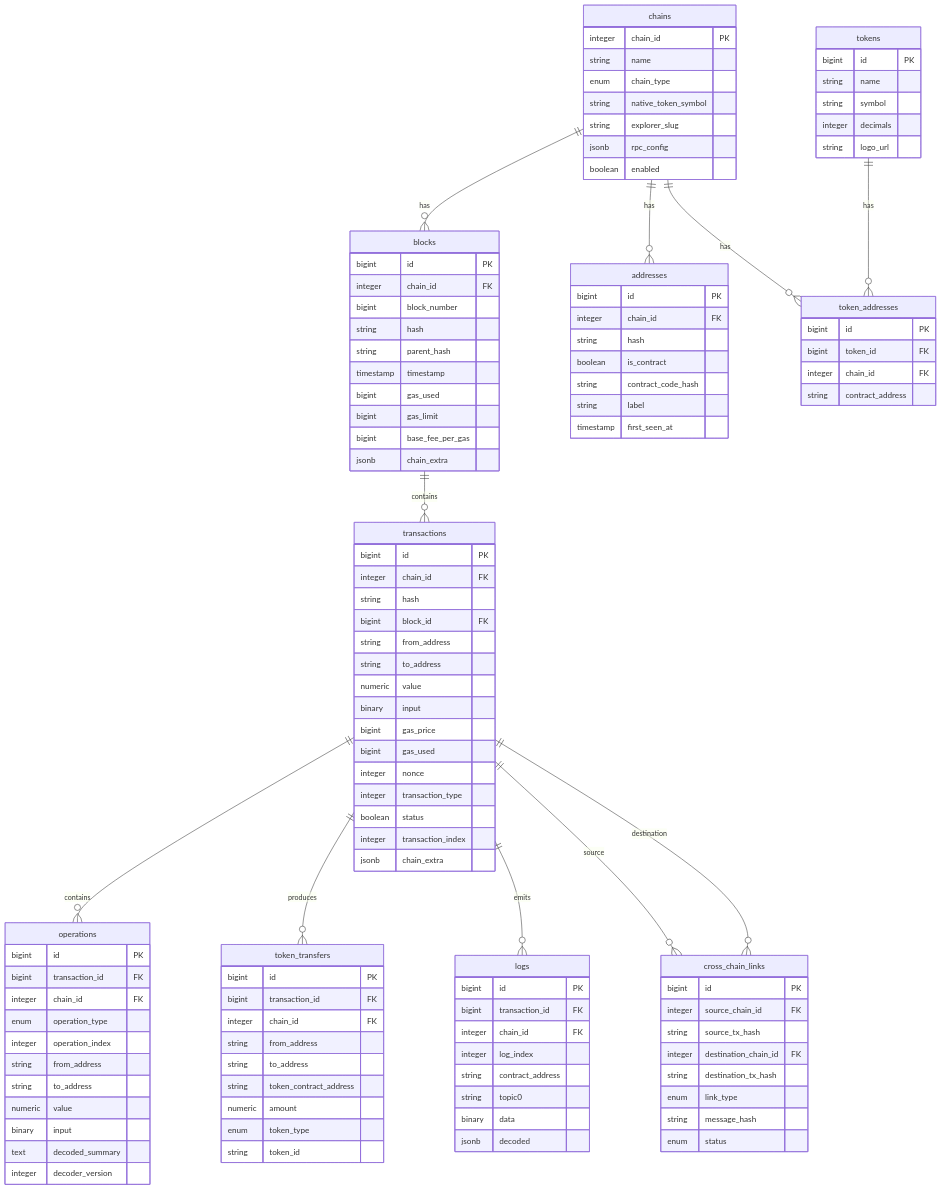
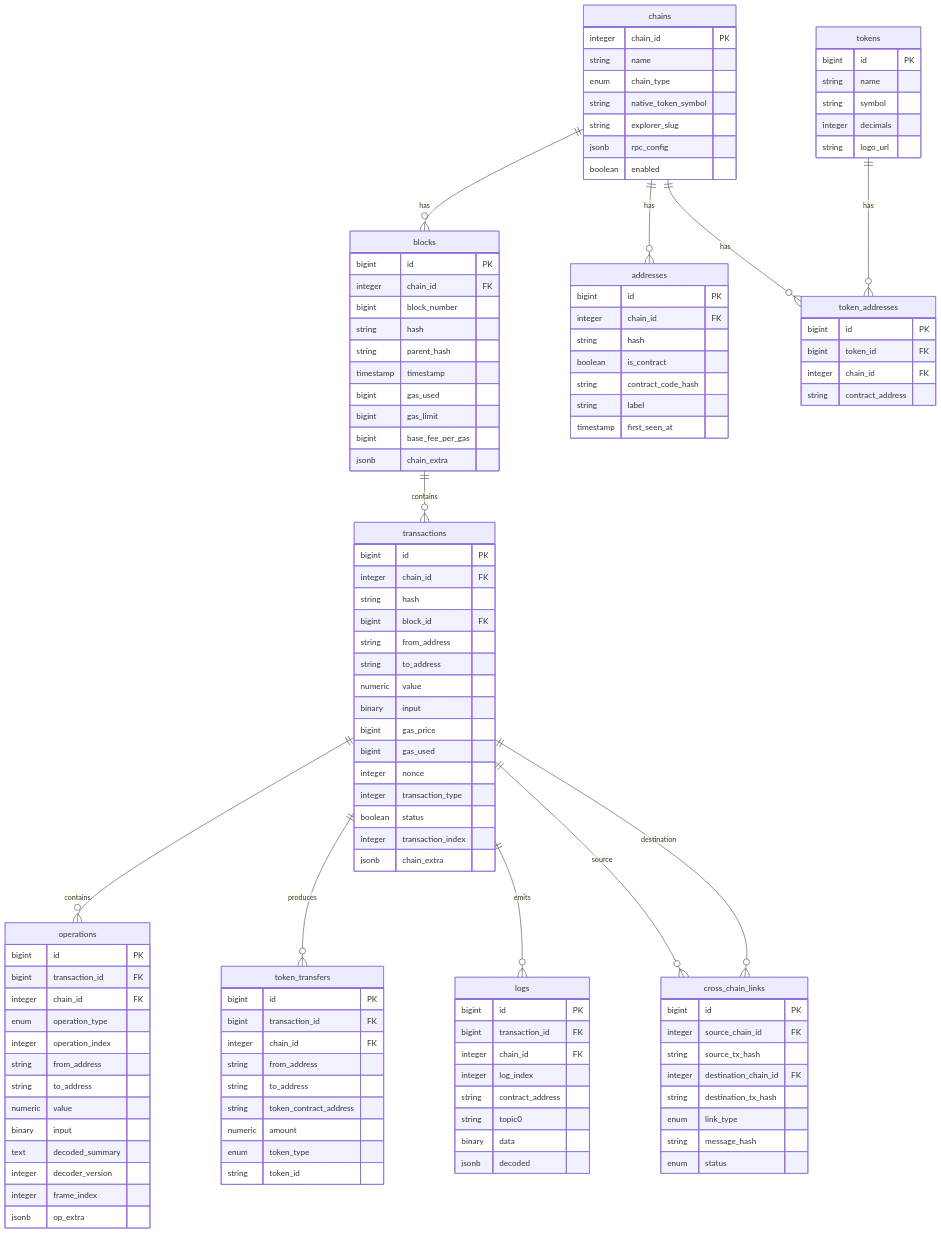
Before and after one commit to ManuelBilbao/rexplorer: the diagram in docs/architecture.md, drawn with Mermaid. The commit also changed other lines of this file and 55 other files, not shown here.

```diff
--- a/docs/architecture.md
+++ b/docs/architecture.md
@@ -102,6 +102,8 @@
         binary input
         text decoded_summary
         integer decoder_version
+        integer frame_index
+        jsonb op_extra
     }
 
     addresses {
```
